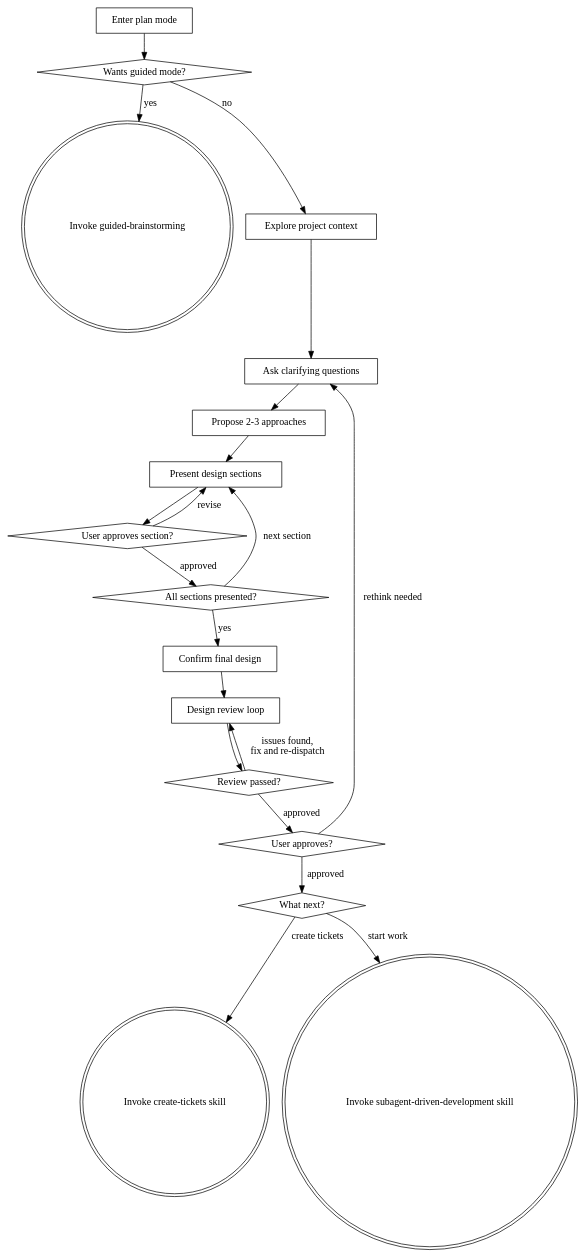
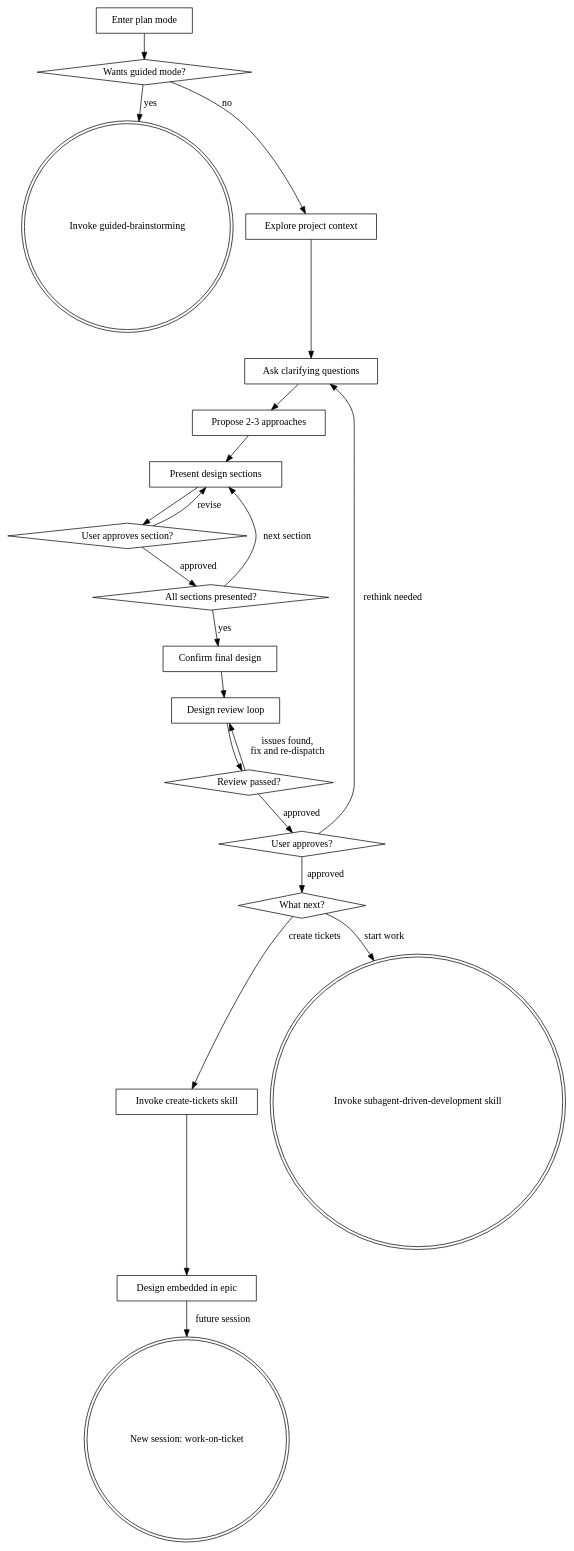
One commit to philipobenito/dot changed the diagram in ai/skills/brainstorming/SKILL.md. Above: the diagram before and after it, drawn with Graphviz. The commit also changed other lines of this file and 3 other files, not shown here.

Commit message:
Add "work-on-ticket" skill and integrate design context recovery process

````diff
--- a/ai/skills/brainstorming/SKILL.md
+++ b/ai/skills/brainstorming/SKILL.md
@@ -46,41 +46,45 @@
 ```dot
 digraph brainstorming {
     rankdir=TB;
     "Enter plan mode" [shape=box];
     "Wants guided mode?" [shape=diamond];
     "Invoke guided-brainstorming" [shape=doublecircle];
     "Explore project context" [shape=box];
     "Ask clarifying questions" [shape=box];
     "Propose 2-3 approaches" [shape=box];
     "Present design sections" [shape=box];
     "User approves section?" [shape=diamond];
     "All sections presented?" [shape=diamond];
     "Confirm final design" [shape=box];
     "Design review loop" [shape=box];
     "Review passed?" [shape=diamond];
     "User approves?" [shape=diamond];
     "What next?" [shape=diamond];
 
     "Enter plan mode" -> "Wants guided mode?";
     "Wants guided mode?" -> "Invoke guided-brainstorming" [label="yes"];
     "Wants guided mode?" -> "Explore project context" [label="no"];
     "Explore project context" -> "Ask clarifying questions";
     "Ask clarifying questions" -> "Propose 2-3 approaches";
     "Propose 2-3 approaches" -> "Present design sections";
     "Present design sections" -> "User approves section?";
     "User approves section?" -> "Present design sections" [label="revise"];
     "User approves section?" -> "All sections presented?" [label="approved"];
     "All sections presented?" -> "Present design sections" [label="next section"];
     "All sections presented?" -> "Confirm final design" [label="yes"];
     "Confirm final design" -> "Design review loop";
     "Design review loop" -> "Review passed?";
     "Review passed?" -> "Design review loop" [label="issues found,\nfix and re-dispatch"];
     "Review passed?" -> "User approves?" [label="approved"];
     "User approves?" -> "Ask clarifying questions" [label="rethink needed"];
     "User approves?" -> "What next?" [label="approved"];
-    "Invoke create-tickets skill" [shape=doublecircle];
+    "Invoke create-tickets skill" [shape=box];
     "Invoke subagent-driven-development skill" [shape=doublecircle];
     "What next?" -> "Invoke create-tickets skill" [label="create tickets"];
     "What next?" -> "Invoke subagent-driven-development skill" [label="start work"];
+    "Design embedded in epic" [shape=box];
+    "New session: work-on-ticket" [shape=doublecircle];
+    "Invoke create-tickets skill" -> "Design embedded in epic";
+    "Design embedded in epic" -> "New session: work-on-ticket" [label="future session"];
 }
 ```
````
